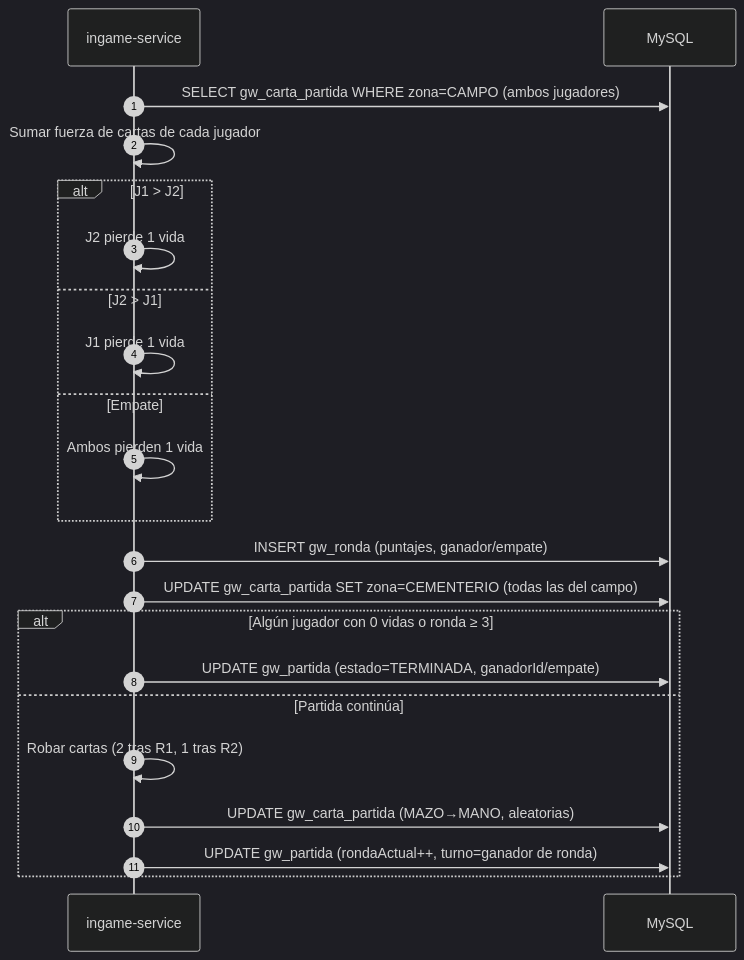
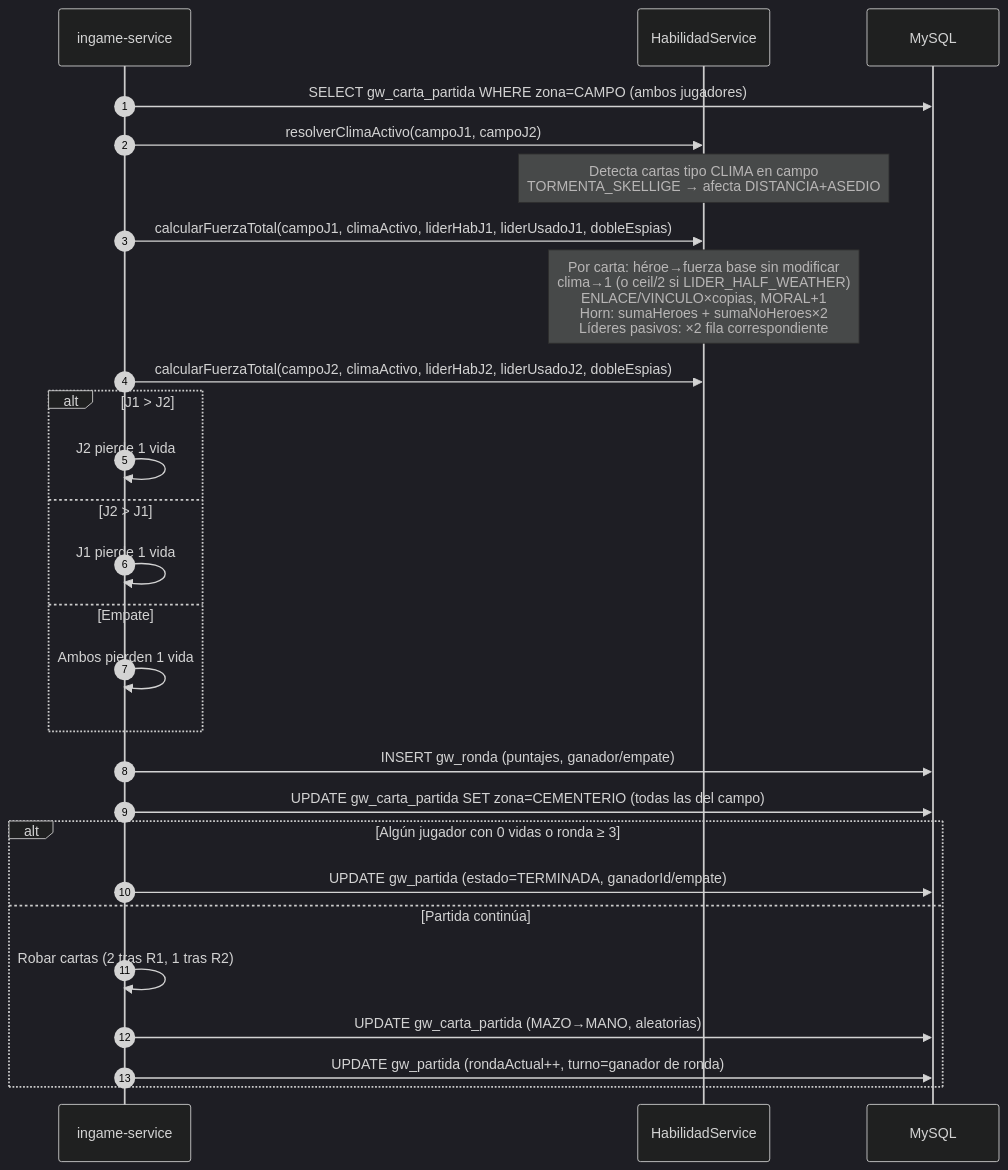
Before and after one commit to arimarquez04/gwent-app: diagram 16 of 20 in diagram.md, drawn with Mermaid (dark theme). The commit also changed other lines of this file and 36 other files, not shown here.

````diff
--- a/diagram.md
+++ b/diagram.md
@@ -605,28 +648,33 @@
 ```mermaid
 sequenceDiagram
     autonumber
     participant IS as ingame-service
+    participant HS as HabilidadService
     participant DB as MySQL
 
     IS->>DB: SELECT gw_carta_partida WHERE zona=CAMPO (ambos jugadores)
-    IS->>IS: Sumar fuerza de cartas de cada jugador
+    IS->>HS: resolverClimaActivo(campoJ1, campoJ2)
+    note over HS: Detecta cartas tipo CLIMA en campo<br/>TORMENTA_SKELLIGE → afecta DISTANCIA+ASEDIO
+    IS->>HS: calcularFuerzaTotal(campoJ1, climaActivo, liderHabJ1, liderUsadoJ1, dobleEspias)
+    note over HS: Por carta: héroe→fuerza base sin modificar<br/>clima→1 (o ceil/2 si LIDER_HALF_WEATHER)<br/>ENLACE/VINCULO×copias, MORAL+1<br/>Horn: sumaHeroes + sumaNoHeroes×2<br/>Líderes pasivos: ×2 fila correspondiente
+    IS->>HS: calcularFuerzaTotal(campoJ2, climaActivo, liderHabJ2, liderUsadoJ2, dobleEspias)
 
     alt J1 > J2
         IS->>IS: J2 pierde 1 vida
     else J2 > J1
         IS->>IS: J1 pierde 1 vida
     else Empate
         IS->>IS: Ambos pierden 1 vida
     end
 
     IS->>DB: INSERT gw_ronda (puntajes, ganador/empate)
     IS->>DB: UPDATE gw_carta_partida SET zona=CEMENTERIO (todas las del campo)
 
     alt Algún jugador con 0 vidas o ronda ≥ 3
         IS->>DB: UPDATE gw_partida (estado=TERMINADA, ganadorId/empate)
     else Partida continúa
         IS->>IS: Robar cartas (2 tras R1, 1 tras R2)
         IS->>DB: UPDATE gw_carta_partida (MAZO→MANO, aleatorias)
         IS->>DB: UPDATE gw_partida (rondaActual++, turno=ganador de ronda)
     end
 ```
````
